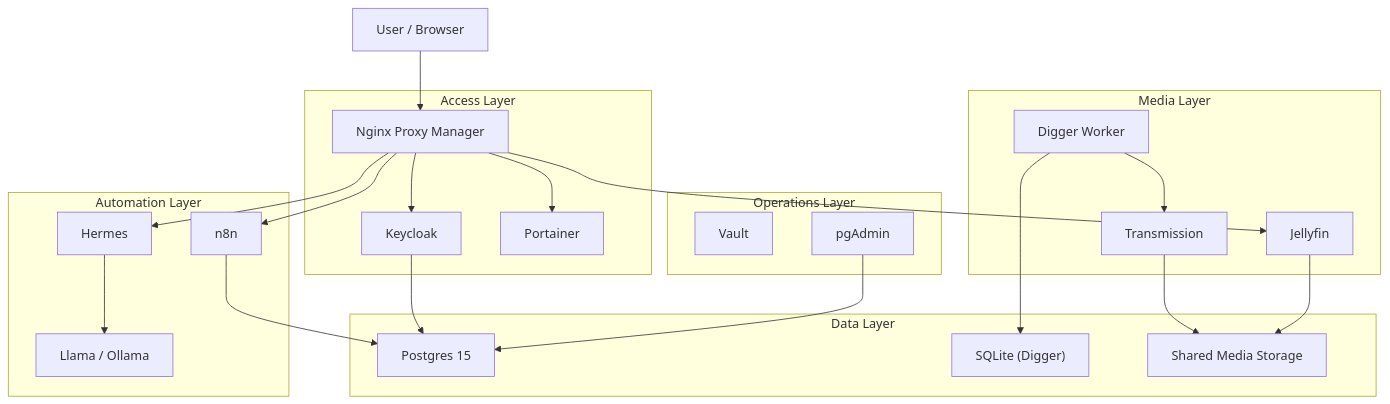
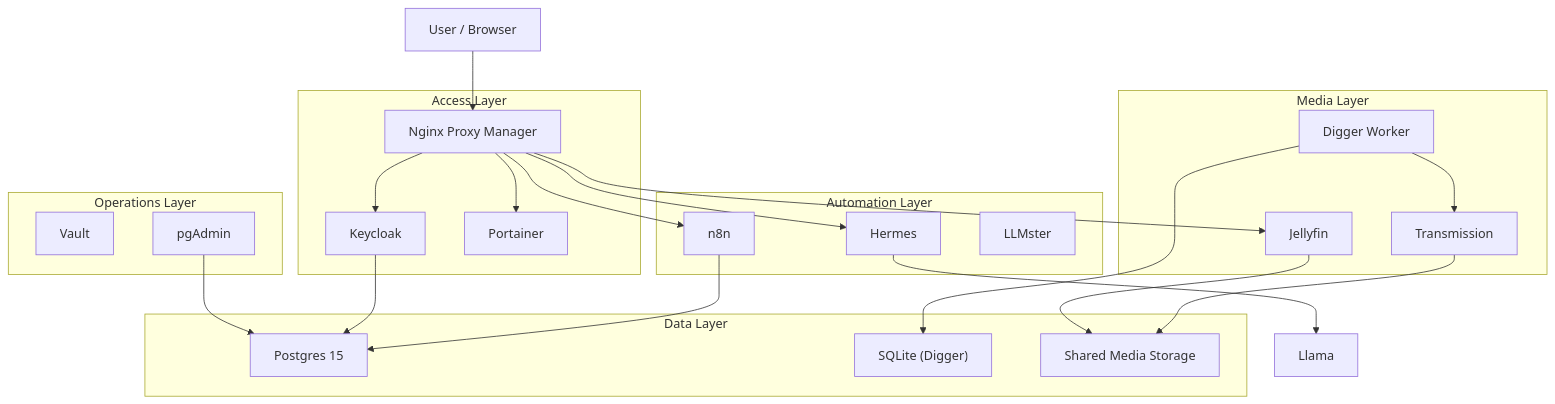
Before and after one commit to mouralx/homelab: the first of 5 diagrams in docs/architecture.md, drawn with Mermaid. The commit also changed other lines of this file and 11 other files, not shown here.

Commit message:
feat: update architecture and configuration for LLMster and Honcho services; add entrypoint scripts

````diff
--- a/docs/architecture.md
+++ b/docs/architecture.md
@@ -16,49 +16,49 @@
 ```mermaid
 flowchart TD
     subgraph Access["Access Layer"]
         NPM["Nginx Proxy Manager"]
         Keycloak["Keycloak"]
         Portainer["Portainer"]
     end
 
     subgraph Automation["Automation Layer"]
         n8n["n8n"]
         Hermes["Hermes"]
-        Llama["Llama / Ollama"]
+        LLMster["LLMster"]
     end
 
     subgraph Media["Media Layer"]
         Digger["Digger Worker"]
         Transmission["Transmission"]
         Jellyfin["Jellyfin"]
     end
 
     subgraph Operations["Operations Layer"]
         Vault["Vault"]
         pgAdmin["pgAdmin"]
     end
 
     subgraph Data["Data Layer"]
         Postgres["Postgres 15"]
         SQLite["SQLite (Digger)"]
         MediaDisk["Shared Media Storage"]
     end
 
     User["User / Browser"] --> NPM
     NPM --> Keycloak
     NPM --> Portainer
     NPM --> Jellyfin
     NPM --> n8n
     NPM --> Hermes
 
     Digger --> Transmission
     Digger --> SQLite
     Transmission --> MediaDisk
     Jellyfin --> MediaDisk
 
     n8n --> Postgres
     Keycloak --> Postgres
     pgAdmin --> Postgres
 
     Hermes --> Llama
 ```
````
